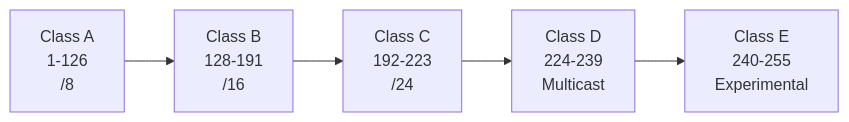
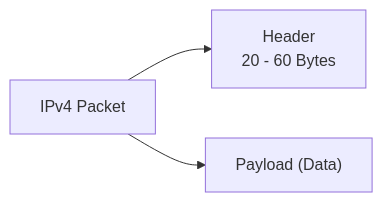
Before and after one commit to momenelbarrawy/momenelbarrawy.github.io: the first of 2 diagrams in content/MCSA/IPv4.md, drawn with Mermaid. The commit also changed other lines of this file and 1 other file, not shown here.

````diff
--- a/content/MCSA/IPv4.md
+++ b/content/MCSA/IPv4.md
@@ -13,10 +43,9 @@
 ```mermaid
 flowchart LR
-A["Class A<br>1-126<br>/8"]
-B["Class B<br>128-191<br>/16"]
-C["Class C<br>192-223<br>/24"]
-D["Class D<br>224-239<br>Multicast"]
-E["Class E<br>240-255<br>Experimental"]
 
-A --> B --> C --> D --> E
+A["IPv4 Packet"]
+
+A --> B["Header<br>20 - 60 Bytes"]
+
+A --> C["Payload (Data)"]
 ```
````
